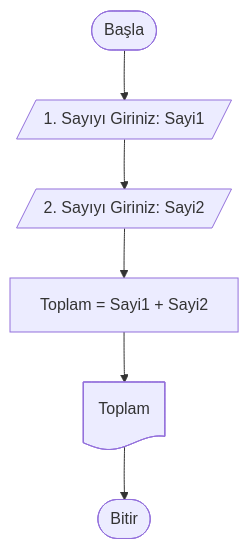
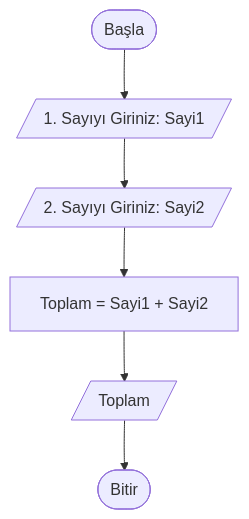
Before and after one commit to ibrahimayaz/Algoritma-ve-Programlamaya-Giris: the first of 10 diagrams in Hafta_04_Akis_Diyagramlari_1.md, drawn with Mermaid. The commit also changed other lines of this file, not shown here.

````diff
--- a/Hafta_04_Akis_Diyagramlari_1.md
+++ b/Hafta_04_Akis_Diyagramlari_1.md
@@ -45,8 +45,8 @@
 ```mermaid
 graph TD
     A([Başla]) --> B[/1. Sayıyı Giriniz: Sayi1/]
     B --> C[/2. Sayıyı Giriniz: Sayi2/]
     C --> D[Toplam = Sayi1 + Sayi2]
-    D --> E@{ shape: doc, label: "Toplam" }
+    D --> E[/Toplam/]
     E --> F([Bitir])
 ```
````
